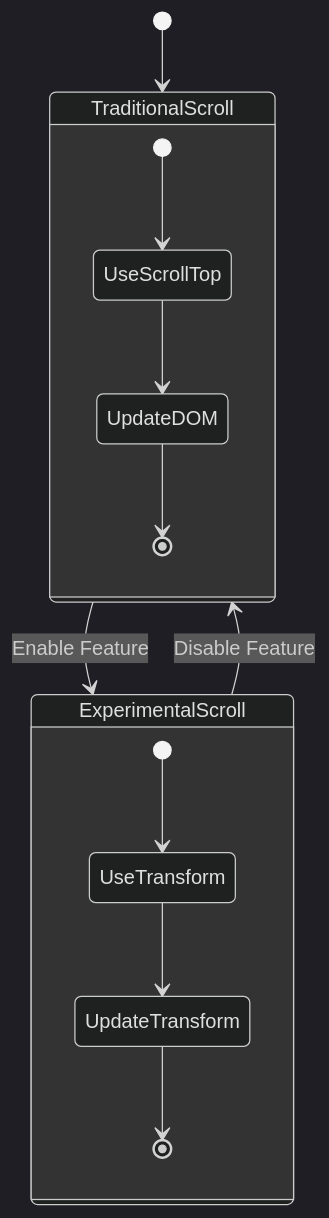
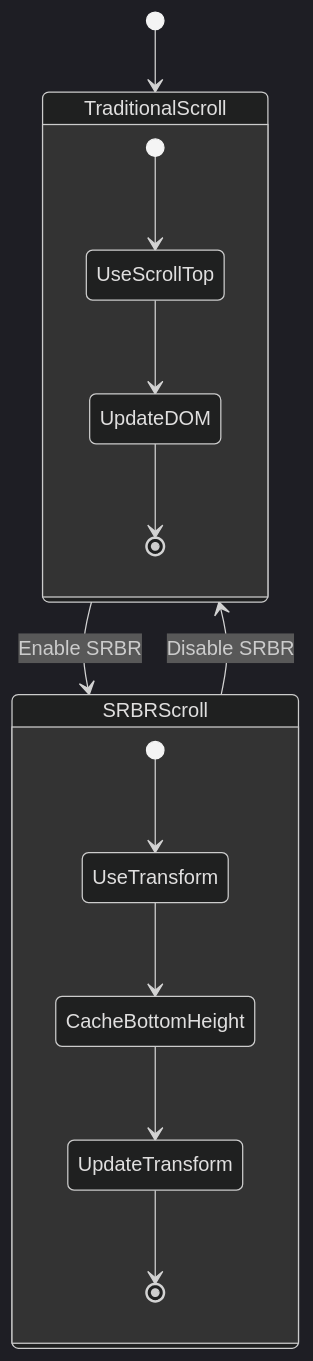
The eighth of 9 diagrams in .qoder/repowiki/en/content/Performance Optimization/Virtual Scrolling Performance Optimization.md (ja-plus/stk-table-vue), drawn with Mermaid (dark theme) before and after one commit. The commit also changed other lines of this file and 6 other files, not shown here.

````diff
--- a/.qoder/repowiki/en/content/Performance Optimization/Virtual Scrolling Performance Optimization.md
+++ b/.qoder/repowiki/en/content/Performance Optimization/Virtual Scrolling Performance Optimization.md
@@ -291,16 +331,17 @@
 ```mermaid
 stateDiagram-v2
 [*] --> TraditionalScroll
-TraditionalScroll --> ExperimentalScroll : Enable Feature
-ExperimentalScroll --> TraditionalScroll : Disable Feature
+TraditionalScroll --> SRBRScroll : Enable SRBR
+SRBRScroll --> TraditionalScroll : Disable SRBR
 state TraditionalScroll {
 [*] --> UseScrollTop
 UseScrollTop --> UpdateDOM
 UpdateDOM --> [*]
 }
-state ExperimentalScroll {
+state SRBRScroll {
 [*] --> UseTransform
-UseTransform --> UpdateTransform
+UseTransform --> CacheBottomHeight
+CacheBottomHeight --> UpdateTransform
 UpdateTransform --> [*]
 }
 ```
````
